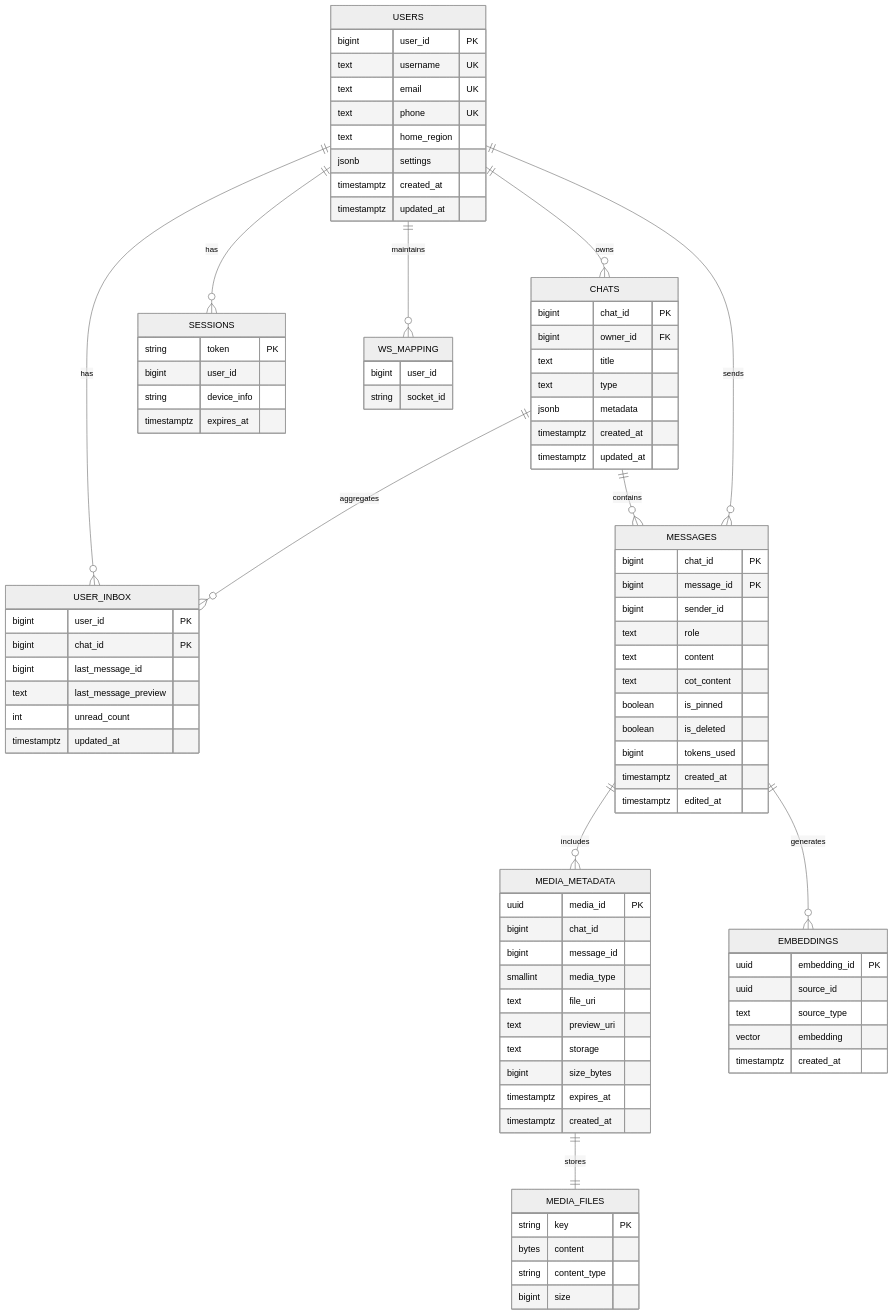
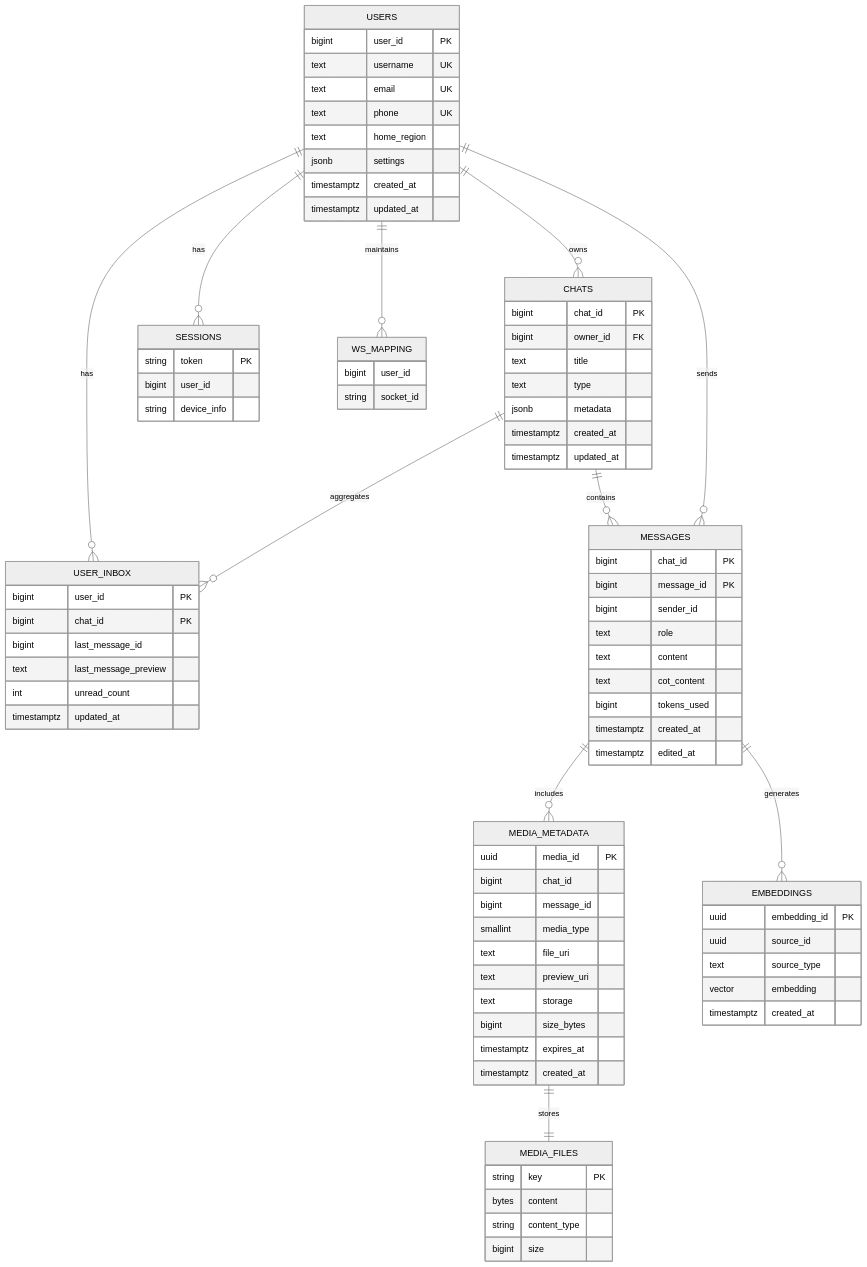
One commit to gettingthingsdoneee/gemini_highload changed the second of 2 diagrams in README.md. Above: the diagram before and after it, drawn with Mermaid (neutral theme). The commit also changed other lines of this file, not shown here.

```diff
--- a/README.md
+++ b/README.md
@@ -571,8 +569,6 @@
         text role
         text content
         text cot_content
-        boolean is_pinned
-        boolean is_deleted
         bigint tokens_used
         timestamptz created_at
         timestamptz edited_at
@@ -590,7 +586,6 @@
         string token PK
         bigint user_id
         string device_info
-        timestamptz expires_at
     }
 
     WS_MAPPING {
```
